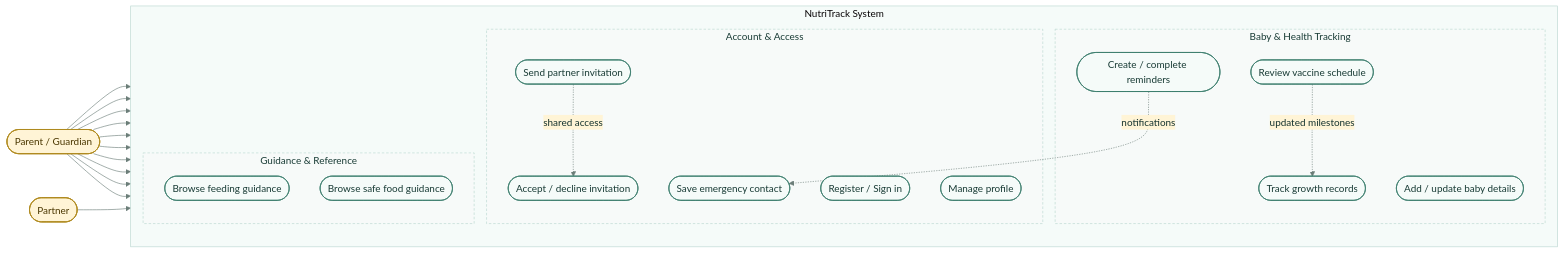
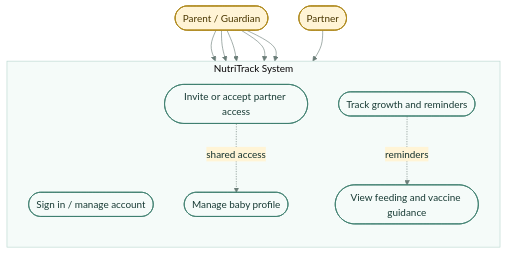
One commit to cookie-here/NutriTrack changed the second of 8 diagrams in diagram.md. Above: the diagram before and after it, drawn with Mermaid. The commit also changed other lines of this file, not shown here.

````diff
--- a/diagram.md
+++ b/diagram.md
@@ -75,68 +75,45 @@
 ```mermaid
 %%{init: {
   "theme": "base",
   "themeVariables": {
     "fontFamily": "Inter, Segoe UI, Arial, sans-serif",
     "primaryColor": "#E8F5F1",
     "primaryTextColor": "#14322E",
     "primaryBorderColor": "#3A7D6D",
     "lineColor": "#6B7D78",
     "secondaryColor": "#FFF4D6",
     "tertiaryColor": "#F7FAF9",
     "background": "transparent",
     "clusterBkg": "#F5FBF9",
     "clusterBorder": "#B8D6CF"
   }
 }}%%
-flowchart LR
+flowchart TB
   Parent([Parent / Guardian])
   Partner([Partner])
 
   subgraph System[NutriTrack System]
     direction TB
-
-    subgraph A[Account & Access]
-      UC1([Register / Sign in])
-      UC2([Manage profile])
-      UC3([Save emergency contact])
-      UC4([Send partner invitation])
-      UC5([Accept / decline invitation])
-    end
-
-    subgraph B[Baby & Health Tracking]
-      UC6([Add / update baby details])
-      UC7([Track growth records])
-      UC8([Create / complete reminders])
-      UC9([Review vaccine schedule])
-    end
-
-    subgraph C[Guidance & Reference]
-      UC10([Browse feeding guidance])
-      UC11([Browse safe food guidance])
-    end
+    UC1([Sign in / manage account])
+    UC2([Manage baby profile])
+    UC3([Track growth and reminders])
+    UC4([View feeding and vaccine guidance])
+    UC5([Invite or accept partner access])
   end
 
   Parent --> UC1
   Parent --> UC2
   Parent --> UC3
   Parent --> UC4
-  Parent --> UC6
-  Parent --> UC7
-  Parent --> UC8
-  Parent --> UC9
-  Parent --> UC10
-  Parent --> UC11
+  Parent --> UC5
   Partner --> UC5
 
-  UC4 -. shared access .-> UC5
-  UC8 -. notifications .-> UC3
-  UC9 -. updated milestones .-> UC7
+  UC5 -. shared access .-> UC2
+  UC3 -. reminders .-> UC4
 
   classDef actor fill:#FFF4D6,stroke:#B08A1F,color:#4A3700,stroke-width:1.6px;
   classDef usecase fill:#F5FBF9,stroke:#3A7D6D,color:#183B35,stroke-width:1.2px;
-  classDef group fill:#F7FAF9,stroke:#B8D6CF,color:#183B35,stroke-width:1px,stroke-dasharray:4 3;
 
   class Parent,Partner actor;
-  class UC1,UC2,UC3,UC4,UC5,UC6,UC7,UC8,UC9,UC10,UC11 usecase;
-  class A,B,C group;
+  class UC1,UC2,UC3,UC4,UC5 usecase;
 ```
````
